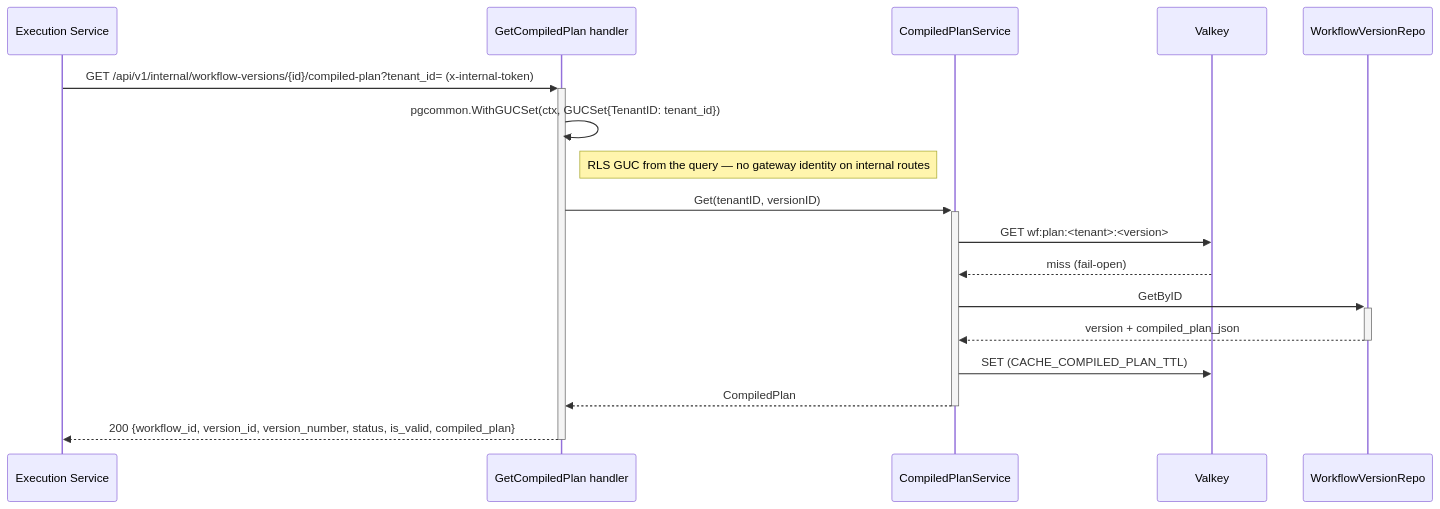
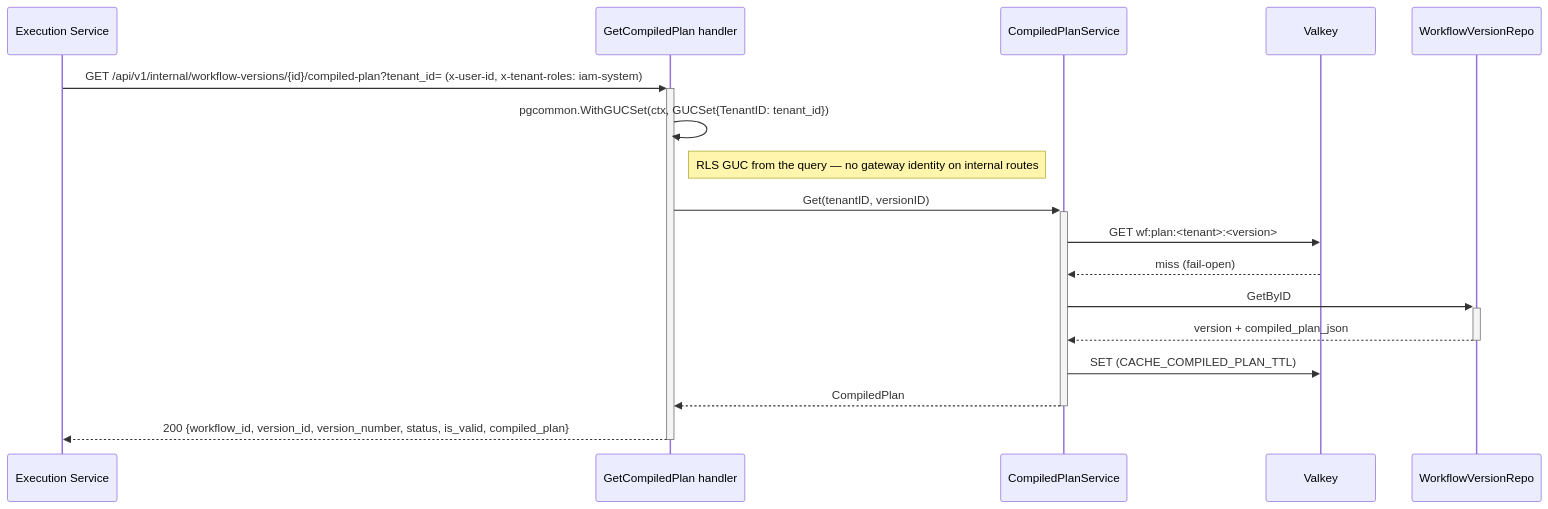
One commit to BCBP-SOLUTIONS-FZC-LLC/workflow-definition-service changed the diagram in docs/architecture/mermaid/internal-compiled-plan-flow.mmd. Above: the diagram before and after it, drawn with Mermaid. The commit also changed 444 other files, not shown here.

First line of the commit message:
feat(api): status fixes, stricter BPMN validation, error contract, department-scoped pause and the system caller identity (#43)

```diff
--- a/docs/architecture/mermaid/internal-compiled-plan-flow.mmd
+++ b/docs/architecture/mermaid/internal-compiled-plan-flow.mmd
@@ -1,18 +1,18 @@
 sequenceDiagram
     participant ExecSvc as Execution Service
     participant H as GetCompiledPlan handler
     participant Svc as CompiledPlanService
     participant Cache as Valkey
     participant Repo as WorkflowVersionRepo
 
-    ExecSvc ->>+ H: GET /api/v1/internal/workflow-versions/{id}/compiled-plan?tenant_id= (x-internal-token)
+    ExecSvc ->>+ H: GET /api/v1/internal/workflow-versions/{id}/compiled-plan?tenant_id= (x-user-id, x-tenant-roles: iam-system)
     H ->> H: pgcommon.WithGUCSet(ctx, GUCSet{TenantID: tenant_id})
     Note right of H: RLS GUC from the query — no gateway identity on internal routes
     H ->>+ Svc: Get(tenantID, versionID)
     Svc ->> Cache: GET wf:plan:<tenant>:<version>
     Cache -->> Svc: miss (fail-open)
     Svc ->>+ Repo: GetByID
     Repo -->>- Svc: version + compiled_plan_json
     Svc ->> Cache: SET (CACHE_COMPILED_PLAN_TTL)
     Svc -->>- H: CompiledPlan
     H -->>- ExecSvc: 200 {workflow_id, version_id, version_number, status, is_valid, compiled_plan}
```
